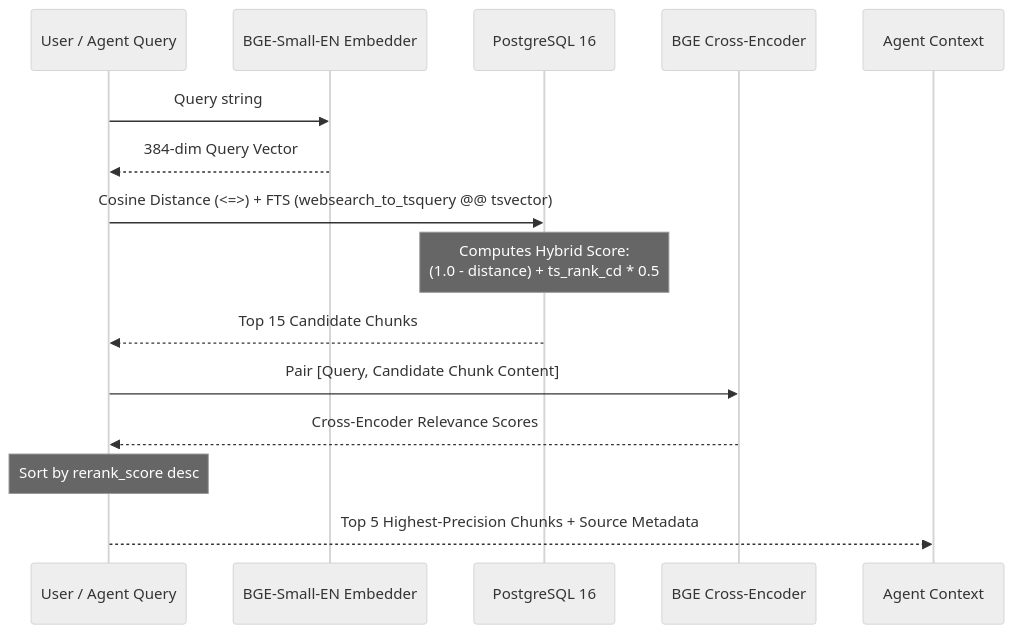
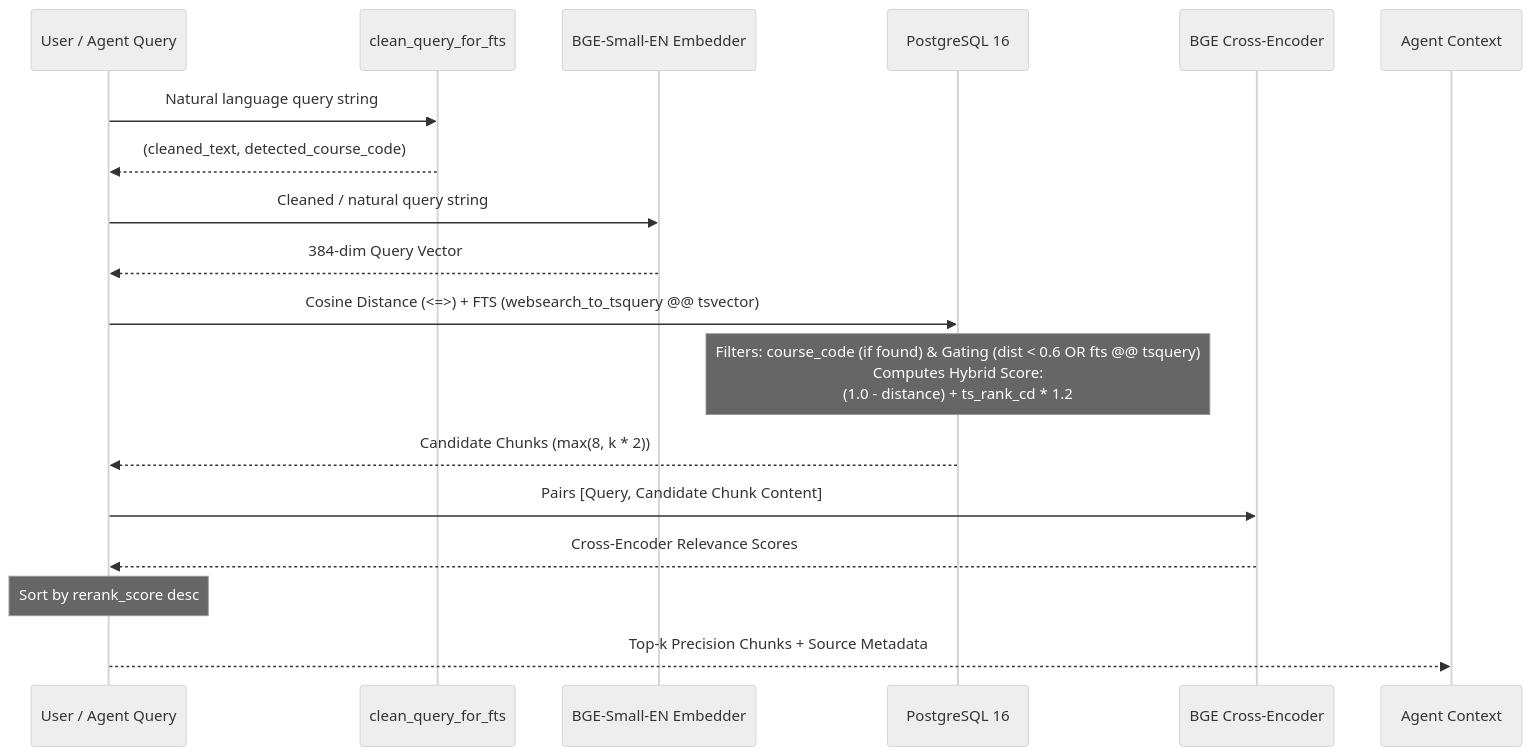
One commit to Tanishquppal220/CourseCompas changed the second of 2 diagrams in docs/ARCHITECTURE.md. Above: the diagram before and after it, drawn with Mermaid (neutral theme). The commit also changed other lines of this file and 8 other files, not shown here.

Commit message:
Remove outdated documentation files: test.md and walk.md, consolidating browser automation and schema migration information into more relevant resources.

````diff
--- a/docs/ARCHITECTURE.md
+++ b/docs/ARCHITECTURE.md
@@ -197,18 +197,21 @@
 ```mermaid
 sequenceDiagram
     participant User as User / Agent Query
+    participant Cleaner as clean_query_for_fts
     participant Embedder as BGE-Small-EN Embedder
     participant DB as PostgreSQL 16
     participant Reranker as BGE Cross-Encoder
     participant LLM as Agent Context
 
-    User->>Embedder: Query string
+    User->>Cleaner: Natural language query string
+    Cleaner-->>User: (cleaned_text, detected_course_code)
+    User->>Embedder: Cleaned / natural query string
     Embedder-->>User: 384-dim Query Vector
     User->>DB: Cosine Distance (<=>) + FTS (websearch_to_tsquery @@ tsvector)
-    Note over DB: Computes Hybrid Score:<br/>(1.0 - distance) + ts_rank_cd * 0.5
-    DB-->>User: Top 15 Candidate Chunks
-    User->>Reranker: Pair [Query, Candidate Chunk Content]
+    Note over DB: Filters: course_code (if found) & Gating (dist < 0.6 OR fts @@ tsquery)<br/>Computes Hybrid Score:<br/>(1.0 - distance) + ts_rank_cd * 1.2
+    DB-->>User: Candidate Chunks (max(8, k * 2))
+    User->>Reranker: Pairs [Query, Candidate Chunk Content]
     Reranker-->>User: Cross-Encoder Relevance Scores
     Note over User: Sort by rerank_score desc
-    User-->>LLM: Top 5 Highest-Precision Chunks + Source Metadata
+    User-->>LLM: Top-k Precision Chunks + Source Metadata
 ```
````
